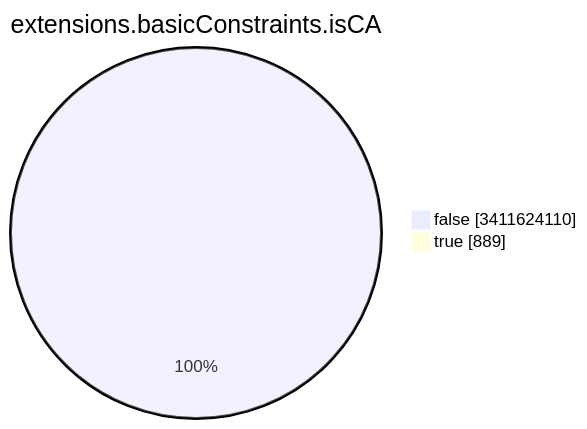
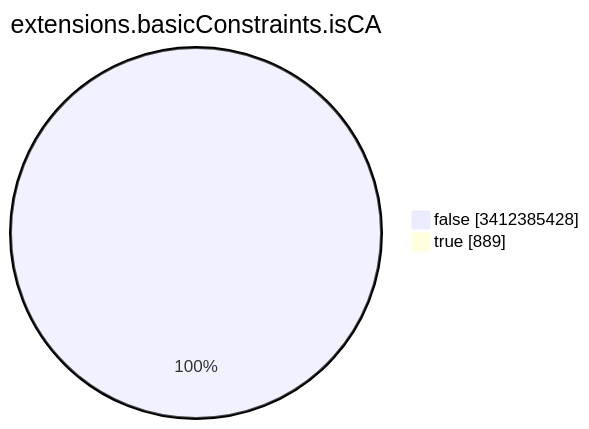
Before and after one commit to christiankrug/ctmonitor_visualization: the seventh of 15 diagrams in TOTAL/README.md, drawn with Mermaid. The commit also changed other lines of this file, not shown here.

````diff
--- a/TOTAL/README.md
+++ b/TOTAL/README.md
@@ -3092,6 +3092,6 @@
 ```mermaid
 pie showData
 title extensions.basicConstraints.isCA
-"false" :3411624110
+"false" :3412385428
 "true" :889
 ```
````
